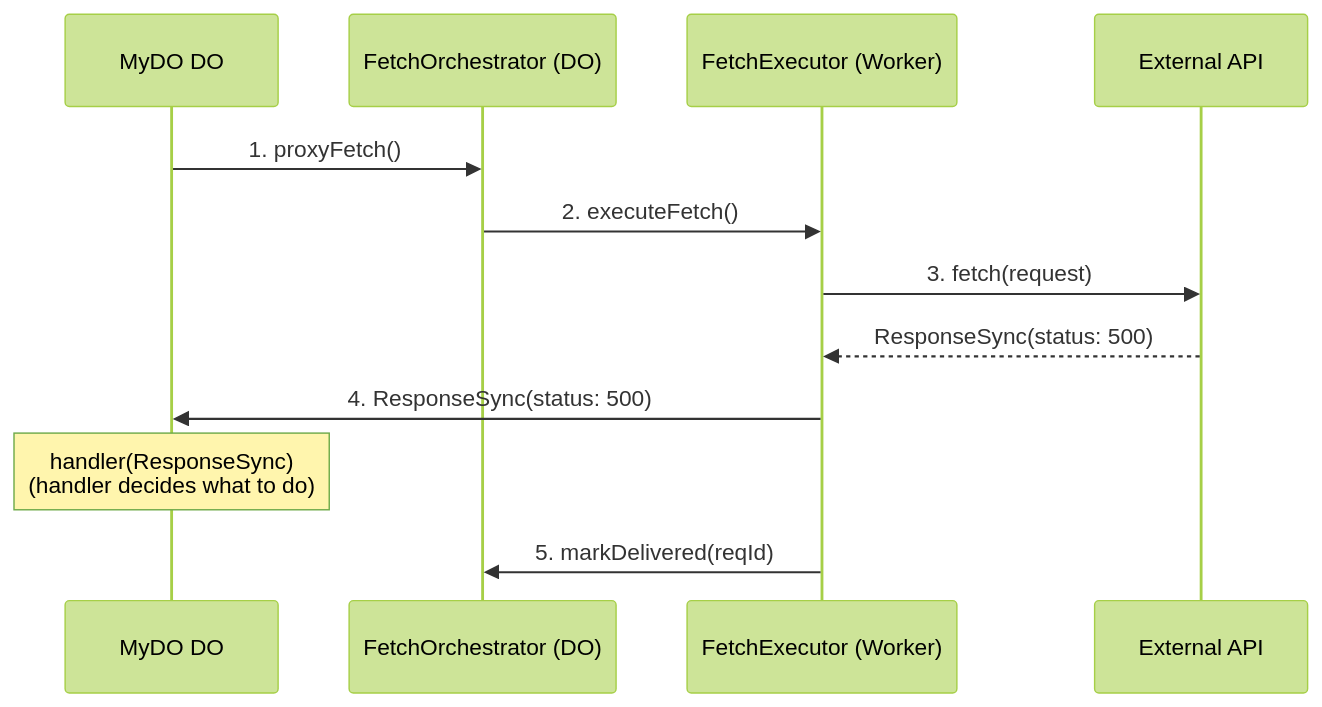
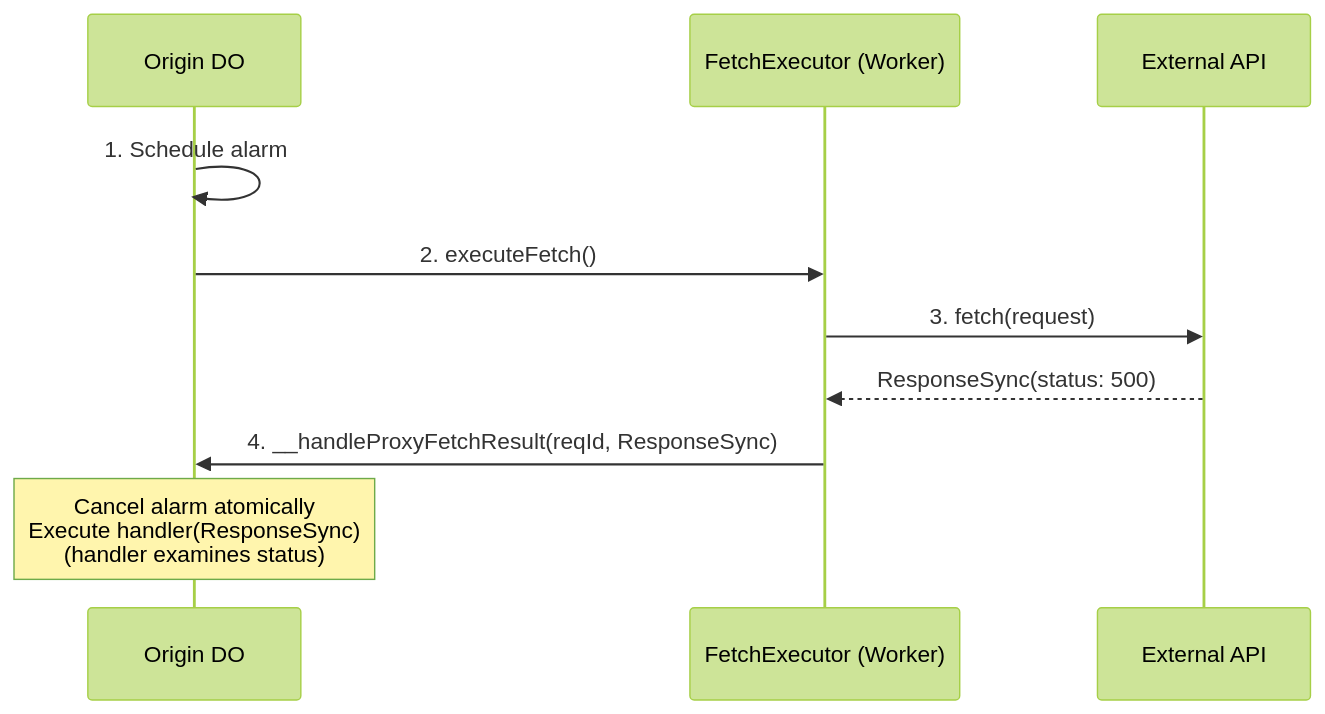
The fifth of 14 diagrams in website/docs/proxy-fetch/architecture-and-failure-modes.mdx (lumenize/lumenize), drawn with Mermaid (forest theme) before and after one commit. The commit also changed other lines of this file and 46 other files, not shown here.

Commit message:
Still doing cleanup and code review on proxy-fetch but almost there

````diff
--- a/website/docs/proxy-fetch/architecture-and-failure-modes.mdx
+++ b/website/docs/proxy-fetch/architecture-and-failure-modes.mdx
@@ -299,18 +329,15 @@
 ```mermaid @skip-check
 sequenceDiagram
-    participant MyDO as MyDO DO
-    participant Orch as FetchOrchestrator (DO)
+    participant Origin as Origin DO
     participant Exec as FetchExecutor (Worker)
     participant API as External API
 
-    MyDO->>Orch: 1. proxyFetch()
-    Orch->>Exec: 2. executeFetch()
+    Origin->>Origin: 1. Schedule alarm
+    Origin->>Exec: 2. executeFetch()
     
     Exec->>API: 3. fetch(request)
     API-->>Exec: ResponseSync(status: 500)
     
-    Exec->>MyDO: 4. ResponseSync(status: 500)
-    Note over MyDO: handler(ResponseSync)<br/>(handler decides what to do)
-    
-    Exec->>Orch: 5. markDelivered(reqId)
+    Exec->>Origin: 4. __handleProxyFetchResult(reqId, ResponseSync)
+    Note over Origin: Cancel alarm atomically<br/>Execute handler(ResponseSync)<br/>(handler examines status)
 ```
````
